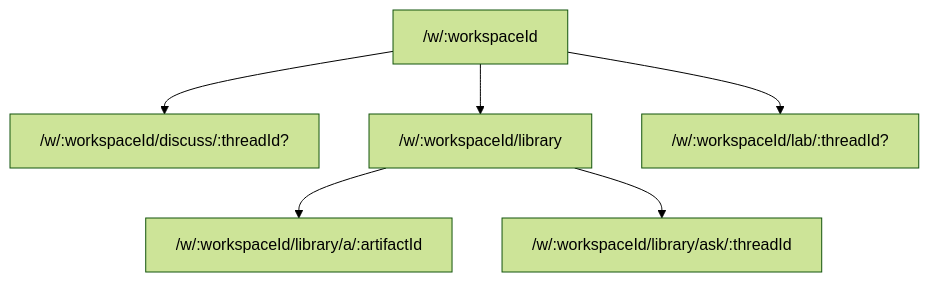
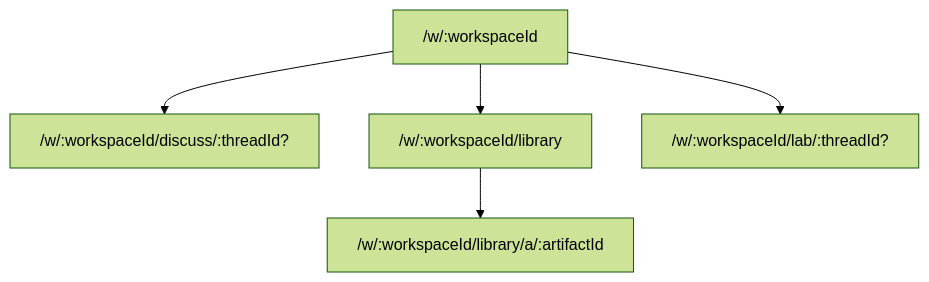
Before and after one commit to EricTsai83/systify: the first of 2 diagrams in docs/service-modes-library-lab-system-design.md, drawn with Mermaid (forest theme). The commit also changed other lines of this file and 32 other files, not shown here.

First line of the commit message:
Add import drift tracking and restructure Library Ask

````diff
--- a/docs/service-modes-library-lab-system-design.md
+++ b/docs/service-modes-library-lab-system-design.md
@@ -15,15 +15,13 @@
 ```mermaid
 flowchart TD
   Workspace["/w/:workspaceId"]
   Discuss["/w/:workspaceId/discuss/:threadId?"]
   Library["/w/:workspaceId/library"]
   LibraryArtifact["/w/:workspaceId/library/a/:artifactId"]
-  LibraryAsk["/w/:workspaceId/library/ask/:threadId"]
   Lab["/w/:workspaceId/lab/:threadId?"]
 
   Workspace --> Discuss
   Workspace --> Library
   Library --> LibraryArtifact
-  Library --> LibraryAsk
   Workspace --> Lab
 ```
````
